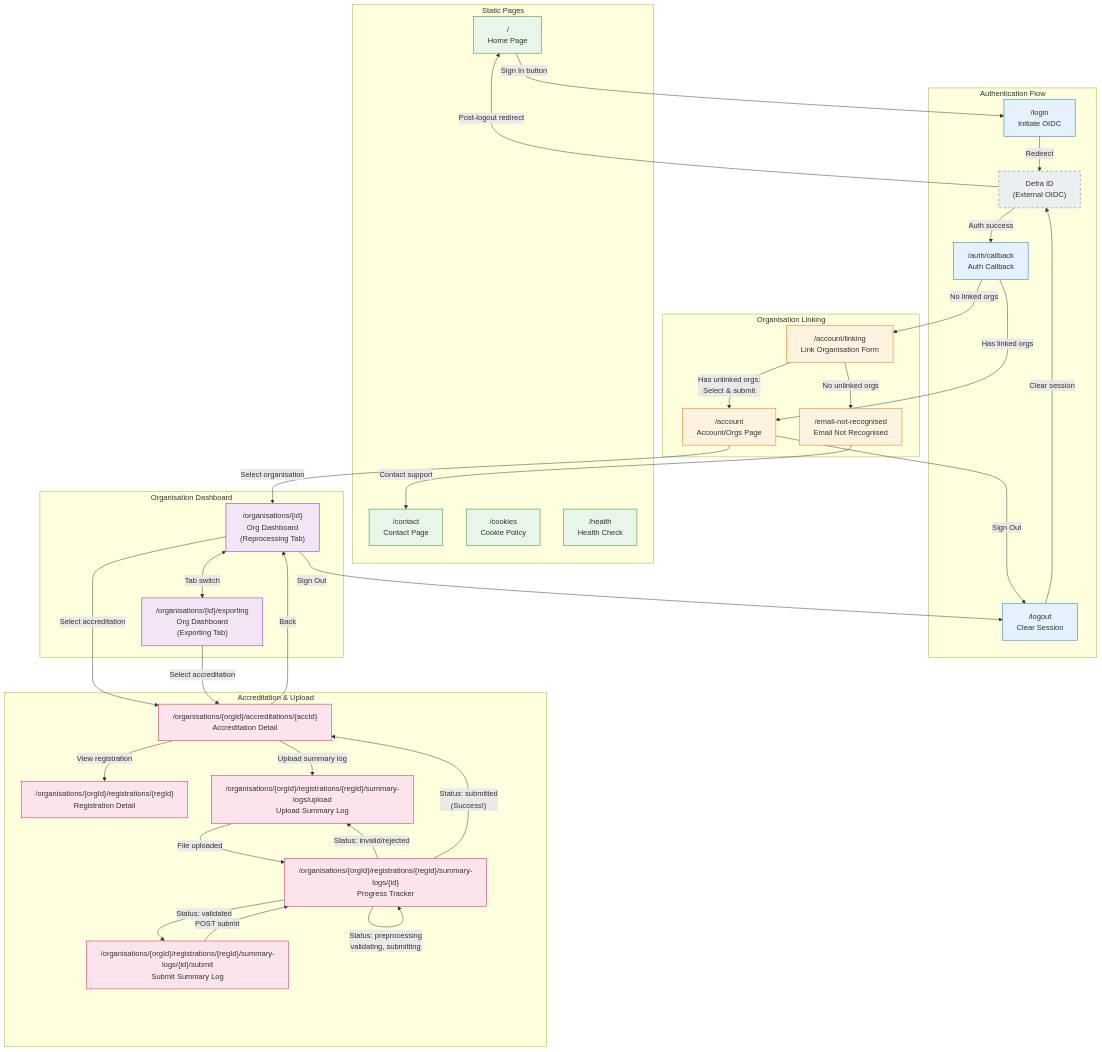
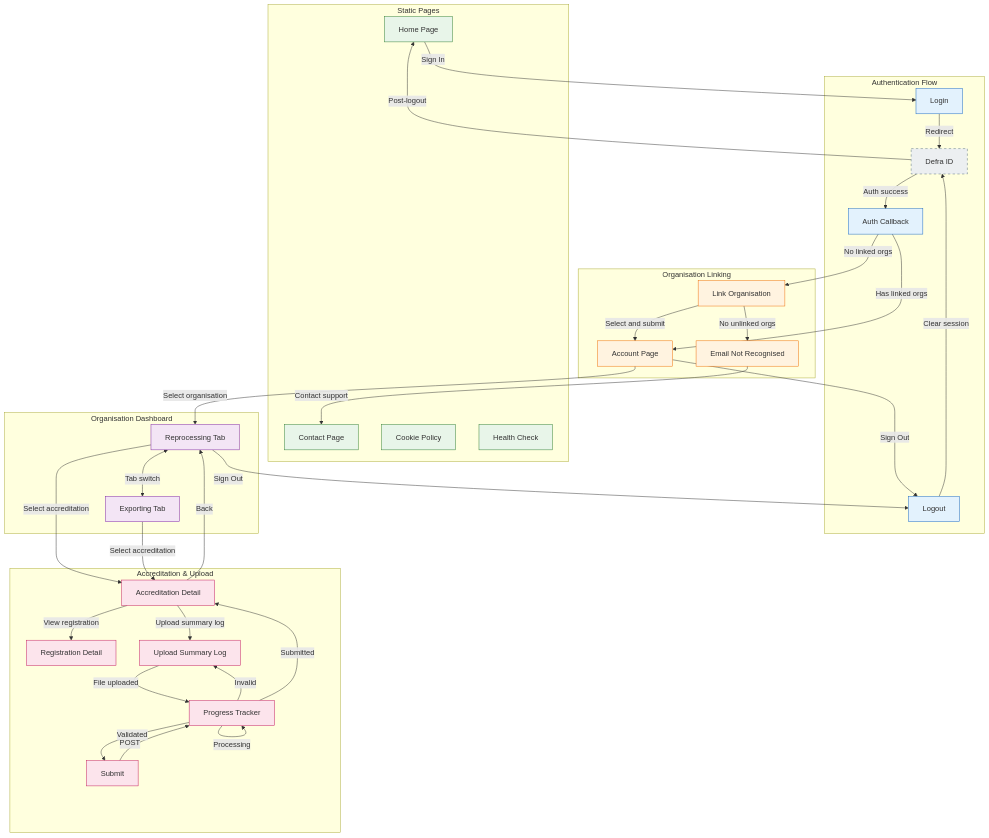
Before and after one commit to DEFRA/epr-re-ex-service: the diagram in docs/architecture/discovery/epr-frontend-page-navigation.md, drawn with Mermaid.

Commit message:
Simplify mermaid diagram labels for readability

````diff
--- a/docs/architecture/discovery/epr-frontend-page-navigation.md
+++ b/docs/architecture/discovery/epr-frontend-page-navigation.md
@@ -50,80 +50,71 @@
 ```mermaid
 flowchart TD
     subgraph Static["Static Pages"]
-        HOME["/\nHome Page"]
-        CONTACT["/contact\nContact Page"]
-        COOKIES["/cookies\nCookie Policy"]
-        HEALTH["/health\nHealth Check"]
+        HOME["Home Page"]
+        CONTACT["Contact Page"]
+        COOKIES["Cookie Policy"]
+        HEALTH["Health Check"]
     end
 
     subgraph Auth["Authentication Flow"]
-        LOGIN["/login\nInitiate OIDC"]
-        CALLBACK["/auth/callback\nAuth Callback"]
-        LOGOUT["/logout\nClear Session"]
-        DEFRA_ID["Defra ID\n(External OIDC)"]
+        LOGIN["Login"]
+        CALLBACK["Auth Callback"]
+        LOGOUT["Logout"]
+        DEFRA_ID["Defra ID"]
     end
 
     subgraph Linking["Organisation Linking"]
-        ACCOUNT["/account\nAccount/Orgs Page"]
-        LINKING["/account/linking\nLink Organisation Form"]
-        EMAIL_NOT_RECOG["/email-not-recognised\nEmail Not Recognised"]
+        ACCOUNT["Account Page"]
+        LINKING["Link Organisation"]
+        EMAIL_NOT_RECOG["Email Not Recognised"]
     end
 
     subgraph OrgDashboard["Organisation Dashboard"]
-        ORG_DASH["/organisations/{id}\nOrg Dashboard\n(Reprocessing Tab)"]
-        ORG_EXPORT["/organisations/{id}/exporting\nOrg Dashboard\n(Exporting Tab)"]
+        ORG_DASH["Reprocessing Tab"]
+        ORG_EXPORT["Exporting Tab"]
     end
 
     subgraph AccreditationFlow["Accreditation & Upload"]
-        ACCRED["/organisations/{orgId}/accreditations/{accId}\nAccreditation Detail"]
-        REG["/organisations/{orgId}/registrations/{regId}\nRegistration Detail"]
-        UPLOAD["/organisations/{orgId}/registrations/{regId}/summary-logs/upload\nUpload Summary Log"]
-        PROGRESS["/organisations/{orgId}/registrations/{regId}/summary-logs/{id}\nProgress Tracker"]
-        SUBMIT["/organisations/{orgId}/registrations/{regId}/summary-logs/{id}/submit\nSubmit Summary Log"]
+        ACCRED["Accreditation Detail"]
+        REG["Registration Detail"]
+        UPLOAD["Upload Summary Log"]
+        PROGRESS["Progress Tracker"]
+        SUBMIT["Submit"]
     end
 
-    %% User Journey Start
-    HOME -->|"Sign In button"| LOGIN
-    LOGIN -->|"Redirect"| DEFRA_ID
-    DEFRA_ID -->|"Auth success"| CALLBACK
+    HOME -->|Sign In| LOGIN
+    LOGIN -->|Redirect| DEFRA_ID
+    DEFRA_ID -->|Auth success| CALLBACK
 
-    %% Auth Callback Decision
-    CALLBACK -->|"Has linked orgs"| ACCOUNT
-    CALLBACK -->|"No linked orgs"| LINKING
+    CALLBACK -->|Has linked orgs| ACCOUNT
+    CALLBACK -->|No linked orgs| LINKING
 
-    %% Linking Flow
-    LINKING -->|"Has unlinked orgs:\nSelect & submit"| ACCOUNT
-    LINKING -->|"No unlinked orgs"| EMAIL_NOT_RECOG
-    EMAIL_NOT_RECOG -->|"Contact support"| CONTACT
+    LINKING -->|Select and submit| ACCOUNT
+    LINKING -->|No unlinked orgs| EMAIL_NOT_RECOG
+    EMAIL_NOT_RECOG -->|Contact support| CONTACT
 
-    %% Account to Org Dashboard
-    ACCOUNT -->|"Select organisation"| ORG_DASH
-    ORG_DASH <-->|"Tab switch"| ORG_EXPORT
+    ACCOUNT -->|Select organisation| ORG_DASH
+    ORG_DASH <-->|Tab switch| ORG_EXPORT
 
-    %% Accreditation Flow
-    ORG_DASH -->|"Select accreditation"| ACCRED
-    ORG_EXPORT -->|"Select accreditation"| ACCRED
-    ACCRED -->|"Back"| ORG_DASH
-    ACCRED -->|"View registration"| REG
-    ACCRED -->|"Upload summary log"| UPLOAD
+    ORG_DASH -->|Select accreditation| ACCRED
+    ORG_EXPORT -->|Select accreditation| ACCRED
+    ACCRED -->|Back| ORG_DASH
+    ACCRED -->|View registration| REG
+    ACCRED -->|Upload summary log| UPLOAD
 
-    %% Upload & Processing Flow
-    UPLOAD -->|"File uploaded"| PROGRESS
+    UPLOAD -->|File uploaded| PROGRESS
 
-    %% Progress States
-    PROGRESS -->|"Status: preprocessing\nvalidating, submitting"| PROGRESS
-    PROGRESS -->|"Status: validated"| SUBMIT
-    SUBMIT -->|"POST submit"| PROGRESS
-    PROGRESS -->|"Status: invalid/rejected"| UPLOAD
-    PROGRESS -->|"Status: submitted\n(Success!)"| ACCRED
+    PROGRESS -->|Processing| PROGRESS
+    PROGRESS -->|Validated| SUBMIT
+    SUBMIT -->|POST| PROGRESS
+    PROGRESS -->|Invalid| UPLOAD
+    PROGRESS -->|Submitted| ACCRED
 
-    %% Logout from anywhere
-    ACCOUNT -->|"Sign Out"| LOGOUT
-    ORG_DASH -->|"Sign Out"| LOGOUT
-    LOGOUT -->|"Clear session"| DEFRA_ID
-    DEFRA_ID -->|"Post-logout redirect"| HOME
+    ACCOUNT -->|Sign Out| LOGOUT
+    ORG_DASH -->|Sign Out| LOGOUT
+    LOGOUT -->|Clear session| DEFRA_ID
+    DEFRA_ID -->|Post-logout| HOME
 
-    %% Styling
     classDef static fill:#e8f5e9,stroke:#2e7d32
     classDef auth fill:#e3f2fd,stroke:#1565c0
     classDef linking fill:#fff3e0,stroke:#ef6c00
````
